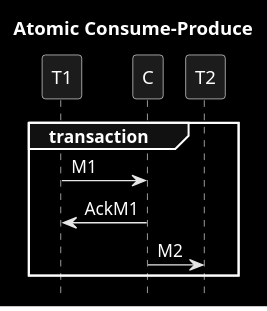
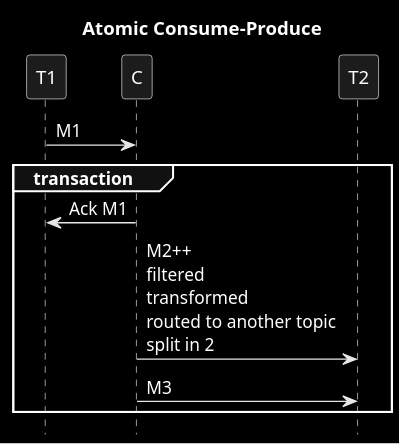
Before and after one commit to victorrentea/kafka: the diagram in patterns/5_dual_m_m.puml, drawn with PlantUML. The commit also changed 9 other files, not shown here.

```diff
--- a/patterns/5_dual_m_m.puml
+++ b/patterns/5_dual_m_m.puml
@@ -1,13 +1,14 @@
     @startuml
 title Atomic Consume-Produce
 hide footbox
 skinparam monochrome reverse
 participant T1
 participant C
 
+T1->C: M1
 group transaction
-    T1->C: M1
-    C->T1: AckM1
-    C->T2: M2
+    C->T1: Ack M1
+    C->T2: M2++\nfiltered\ntransformed\nrouted to another topic\nsplit in 2
+    C->T2: M3
 end
 @enduml
```
